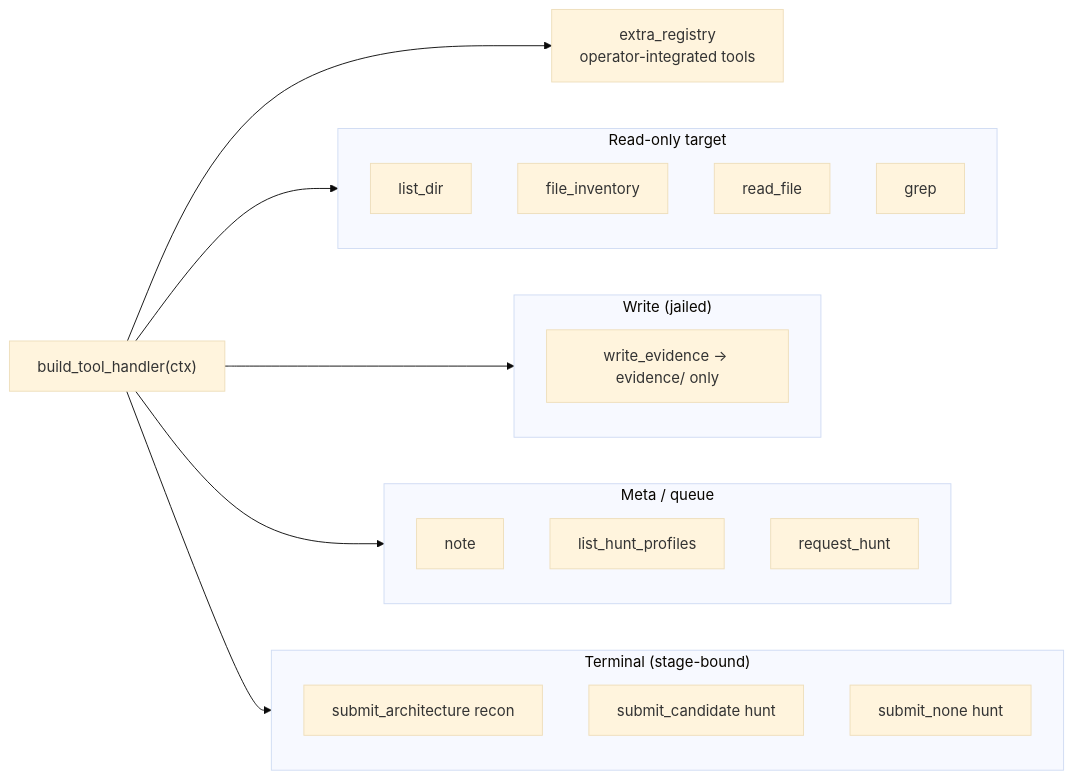
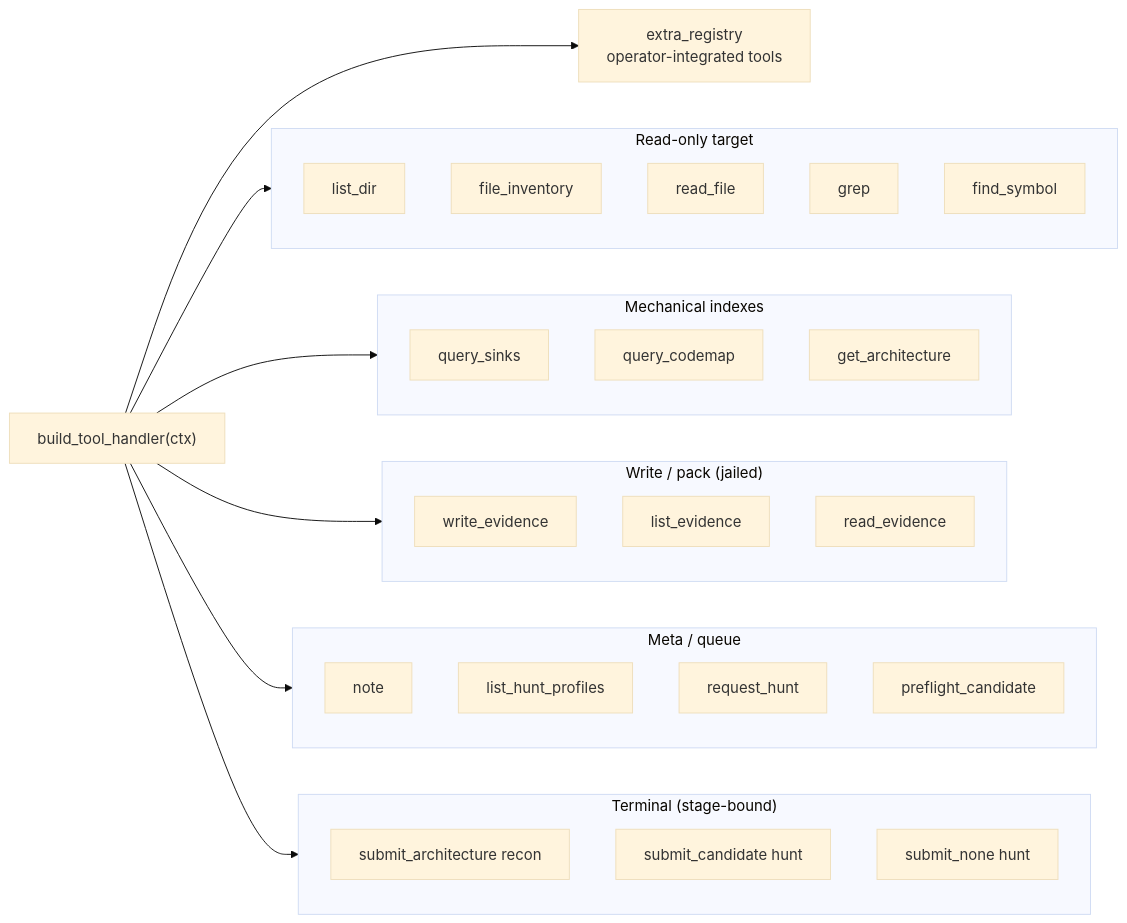
Before and after one commit to EndsHunter/VulnForge: diagram 15 of 19 in docs/AGENTS_MAP.md, drawn with Mermaid (base theme). The commit also changed other lines of this file and 89 other files, not shown here.

First line of the commit message:
Add Strands agent runtime, PoC validation harness, and architecture UI polish.

````diff
--- a/docs/AGENTS_MAP.md
+++ b/docs/AGENTS_MAP.md
@@ -623,29 +623,39 @@
 ```mermaid
 flowchart LR
   subgraph read["Read-only target"]
     LD[list_dir]
     FI[file_inventory]
     RF[read_file]
     GR[grep]
+    FS[find_symbol]
   end
 
-  subgraph write["Write (jailed)"]
-    WE[write_evidence → evidence/ only]
+  subgraph index["Mechanical indexes"]
+    QS[query_sinks]
+    QC[query_codemap]
+    GA[get_architecture]
+  end
+
+  subgraph write["Write / pack (jailed)"]
+    WE[write_evidence]
+    LE[list_evidence]
+    RE[read_evidence]
   end
 
   subgraph meta["Meta / queue"]
     NT[note]
     LHP[list_hunt_profiles]
     RH[request_hunt]
+    PF[preflight_candidate]
   end
 
   subgraph terminal["Terminal (stage-bound)"]
     SA[submit_architecture recon]
     SC[submit_candidate hunt]
     SN[submit_none hunt]
   end
 
   Handler["build_tool_handler(ctx)"]
-  Handler --> read & write & meta & terminal
+  Handler --> read & index & write & meta & terminal
   Handler --> Extra["extra_registry\noperator-integrated tools"]
 ```
````
